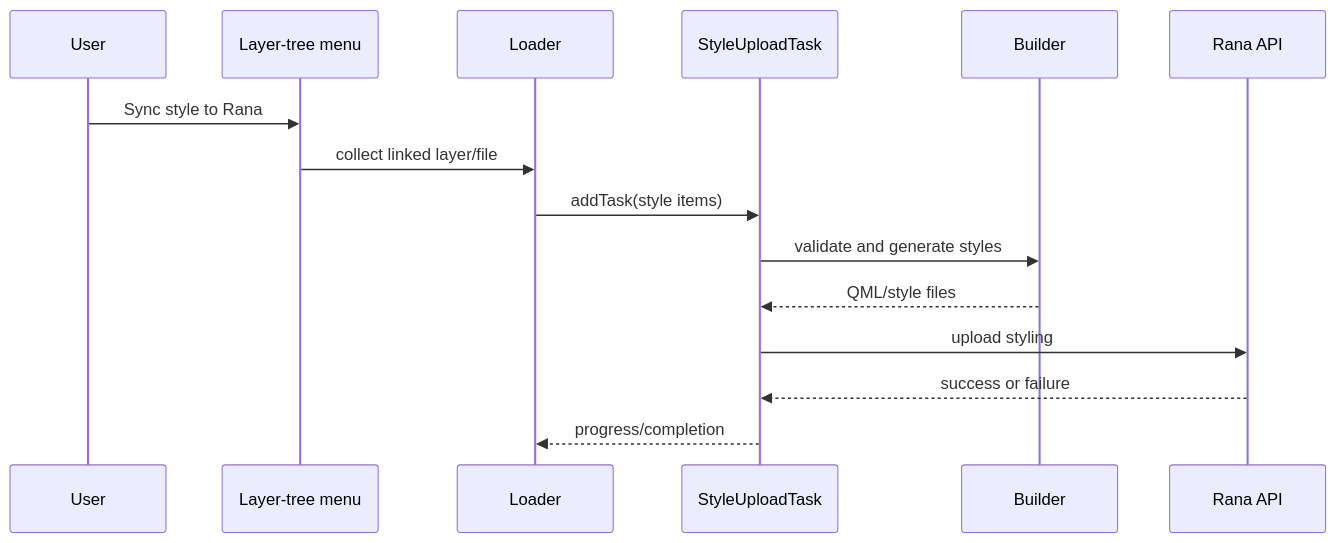
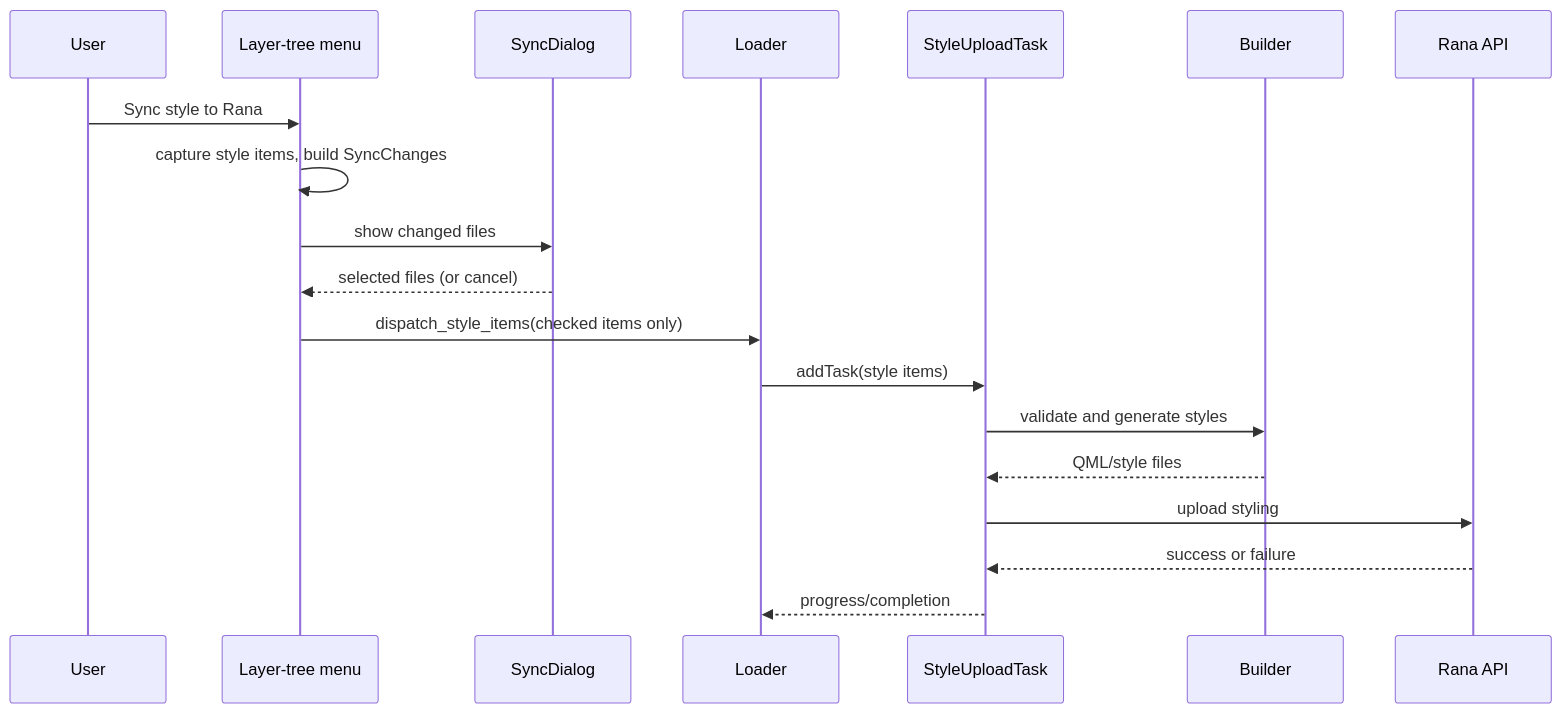
Before and after one commit to nens/rana-qgis-plugin: the second of 2 diagrams in doc/styling_workers.md, drawn with Mermaid. The commit also changed other lines of this file and 16 other files, not shown here.

````diff
--- a/doc/styling_workers.md
+++ b/doc/styling_workers.md
@@ -70,18 +70,22 @@
 ```mermaid
 sequenceDiagram
     participant User
     participant Menu as Layer-tree menu
+    participant Dialog as SyncDialog
     participant Loader
     participant Task as StyleUploadTask
     participant Builder
     participant Rana as Rana API
 
     User->>Menu: Sync style to Rana
-    Menu->>Loader: collect linked layer/file
+    Menu->>Menu: capture style items, build SyncChanges
+    Menu->>Dialog: show changed files
+    Dialog-->>Menu: selected files (or cancel)
+    Menu->>Loader: dispatch_style_items(checked items only)
     Loader->>Task: addTask(style items)
     Task->>Builder: validate and generate styles
     Builder-->>Task: QML/style files
     Task->>Rana: upload styling
     Rana-->>Task: success or failure
     Task-->>Loader: progress/completion
 ```
````
